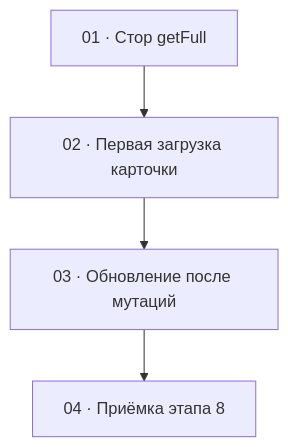
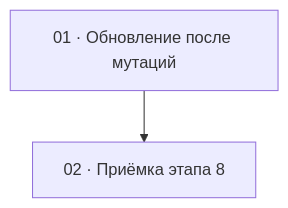
The diagram in documentation/tasks/step-8/README.md (evilice/quizbeat-admin-cli), drawn with Mermaid before and after one commit. The commit also changed other lines of this file and 32 other files, not shown here.

````diff
--- a/documentation/tasks/step-8/README.md
+++ b/documentation/tasks/step-8/README.md
@@ -35,11 +24,7 @@
 ```mermaid
 flowchart TD
-    T1[01 · Стор getFull]
-    T2[02 · Первая загрузка карточки]
-    T3[03 · Обновление после мутаций]
-    T4[04 · Приёмка этапа 8]
+    T1[01 · Обновление после мутаций]
+    T2[02 · Приёмка этапа 8]
 
     T1 --> T2
-    T2 --> T3
-    T3 --> T4
 ```
````
